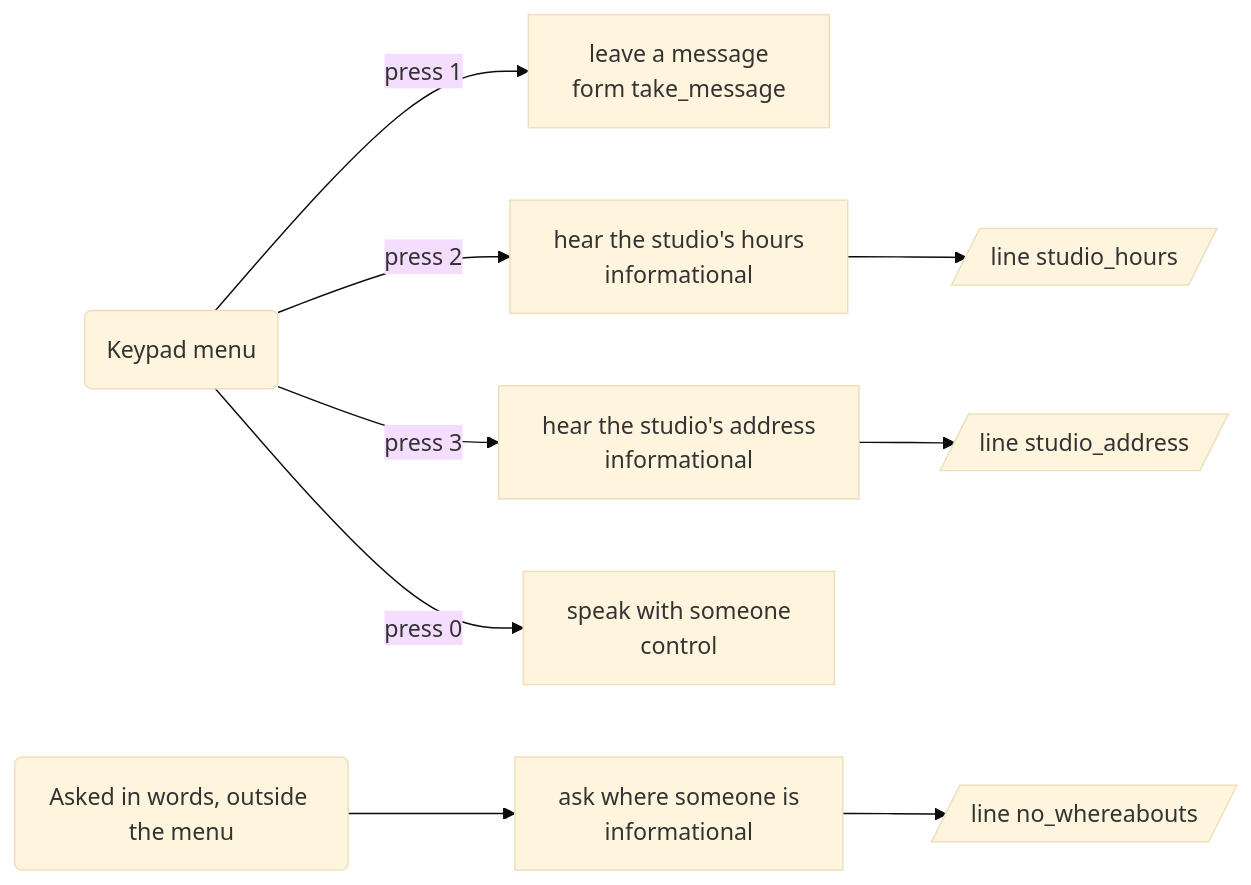
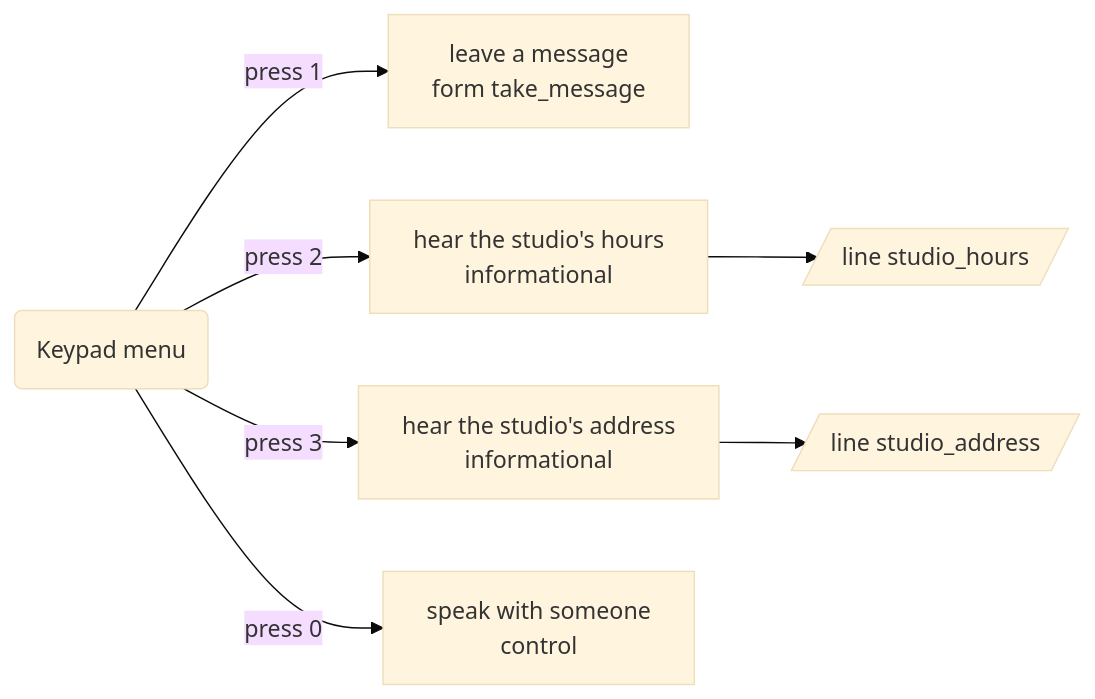
The first of 10 diagrams in apps/secretary/APP-MAP.md (DialogWright/dialogwright), drawn with Mermaid (base theme) before and after one commit. The commit also changed other lines of this file and 23 other files, not shown here.

````diff
--- a/apps/secretary/APP-MAP.md
+++ b/apps/secretary/APP-MAP.md
@@ -24,21 +24,16 @@
 ```mermaid
 flowchart LR
   menu("Keypad menu")
   i_take_message["leave a message<br/>form take_message"]
   menu -->|"press 1"| i_take_message
   i_studio_hours["hear the studio's hours<br/>informational"]
   p_studio_hours[/"line studio_hours"/]
   i_studio_hours --> p_studio_hours
   menu -->|"press 2"| i_studio_hours
   i_studio_address["hear the studio's address<br/>informational"]
   p_studio_address[/"line studio_address"/]
   i_studio_address --> p_studio_address
   menu -->|"press 3"| i_studio_address
   i_agent["speak with someone<br/>control"]
   menu -->|"press 0"| i_agent
-  ask("Asked in words, outside the menu")
-  i_whereabouts["ask where someone is<br/>informational"]
-  p_whereabouts[/"line no_whereabouts"/]
-  i_whereabouts --> p_whereabouts
-  ask --> i_whereabouts
 ```
````
